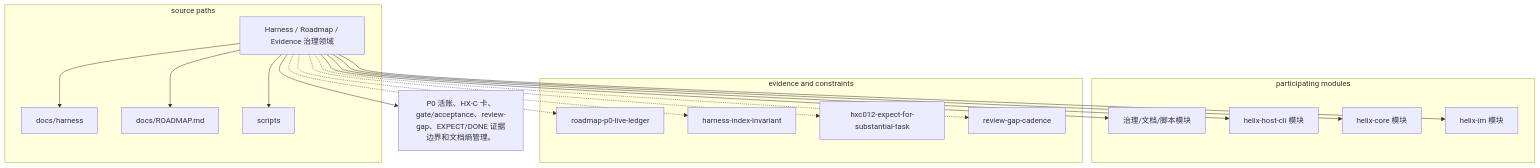
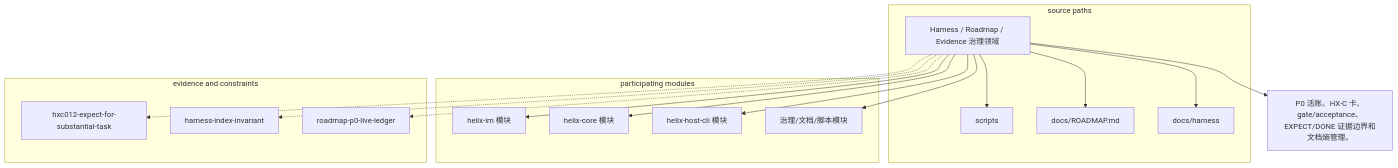
Before and after one commit to zxs1633079383/helix: the diagram in .agents/diagrams/domains/harness-governance.mmd, drawn with Mermaid. The commit also changed 28 other files, not shown here.

```diff
--- a/.agents/diagrams/domains/harness-governance.mmd
+++ b/.agents/diagrams/domains/harness-governance.mmd
@@ -1,32 +1,30 @@
 flowchart TB
   D["Harness / Roadmap / Evidence 治理领域"]
-  S["P0 活账、HX-C 卡、gate/acceptance、review-gap、EXPECT/DONE 证据边界和文档熵管理。"]
+  S["P0 活账、HX-C 卡、gate/acceptance、EXPECT/DONE 证据边界和文档熵管理。"]
   D --> S
   subgraph Sources["source paths"]
     P0["docs/harness"]
     D --> P0
     P1["docs/ROADMAP.md"]
     D --> P1
     P2["scripts"]
     D --> P2
   end
   subgraph Modules["participating modules"]
     M0["治理/文档/脚本模块"]
     D --> M0
     M1["helix-host-cli 模块"]
     D --> M1
     M2["helix-core 模块"]
     D --> M2
     M3["helix-im 模块"]
     D --> M3
   end
   subgraph Gates["evidence and constraints"]
     C0["roadmap-p0-live-ledger"]
     D -.-> C0
     C1["harness-index-invariant"]
     D -.-> C1
     C2["hxc012-expect-for-substantial-task"]
     D -.-> C2
-    C3["review-gap-cadence"]
-    D -.-> C3
   end
```
